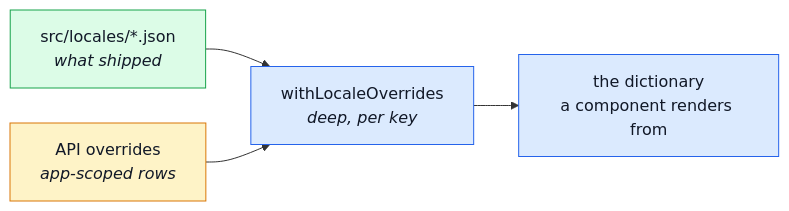
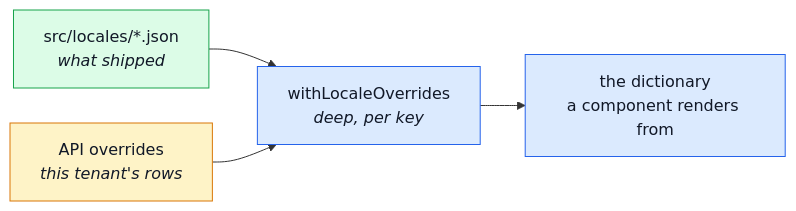
The diagram in docs/tools/i18n.md (Guebbit/boilerplate-vue-frontend), drawn with Mermaid before and after one commit. The commit also changed other lines of this file and 38 other files, not shown here.

````diff
--- a/docs/tools/i18n.md
+++ b/docs/tools/i18n.md
@@ -14,14 +14,14 @@
 ```mermaid
 %%{init: {'flowchart': {'nodeSpacing': 35, 'rankSpacing': 45}}}%%
 flowchart LR
     Files["src/locales/*.json<br/><i>what shipped</i>"] --> Merge["withLocaleOverrides<br/><i>deep, per key</i>"]
-    Api["API overrides<br/><i>app-scoped rows</i>"] --> Merge
+    Api["API overrides<br/><i>this tenant's rows</i>"] --> Merge
     Merge --> Dict["the dictionary<br/>a component renders from"]
 
     classDef base fill:#dcfce7,stroke:#16a34a,color:#111827;
     classDef edit fill:#fef3c7,stroke:#d97706,color:#111827;
     classDef out fill:#dbeafe,stroke:#2563eb,color:#111827;
     class Files base;
     class Api edit;
     class Merge,Dict out;
 ```
````
